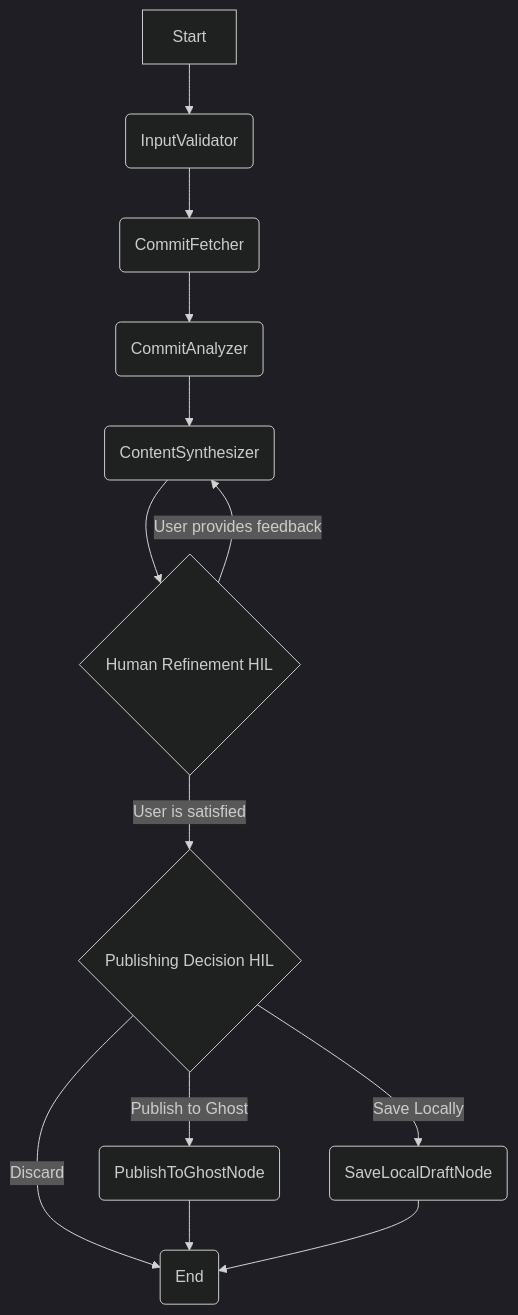
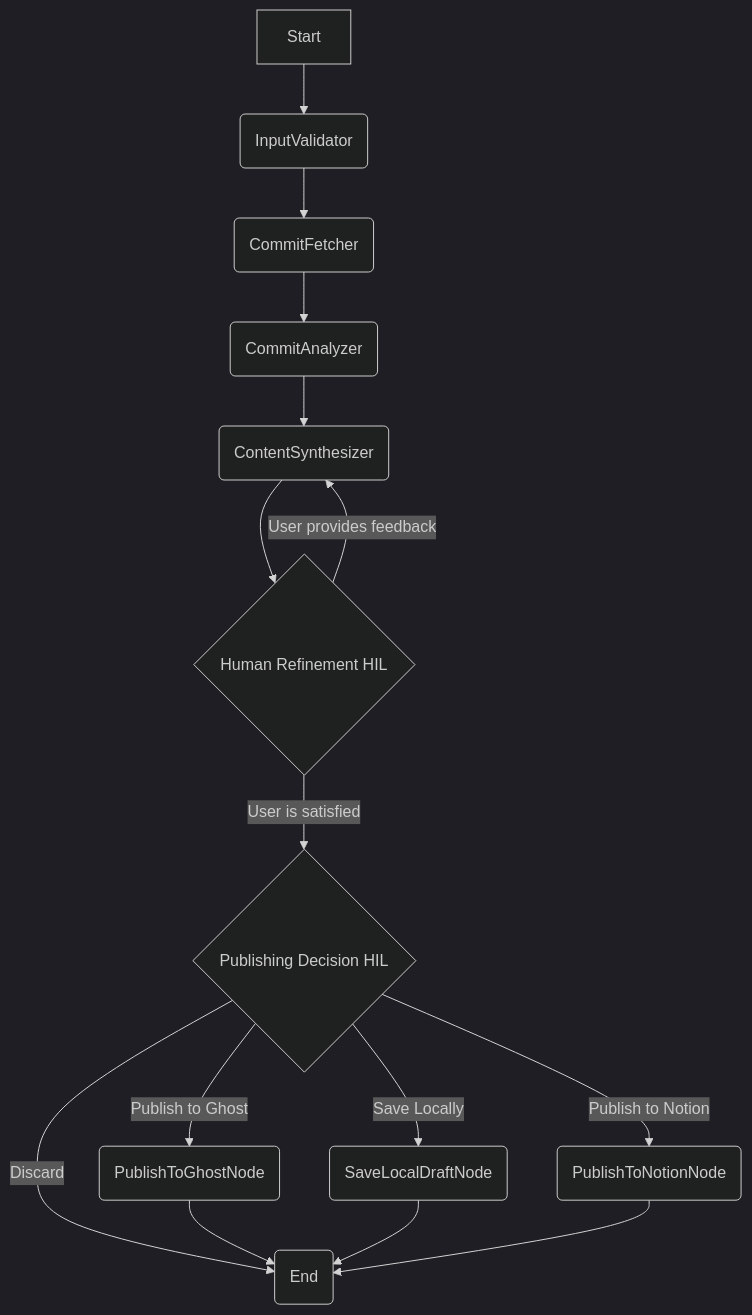
The diagram in LangGraph_Architecture.md (domini04/bluestar), drawn with Mermaid (dark theme) before and after one commit. The commit also changed other lines of this file and 3 other files, not shown here.

````diff
--- a/LangGraph_Architecture.md
+++ b/LangGraph_Architecture.md
@@ -22,15 +25,17 @@
 ```mermaid
 graph TD
     A[Start] --> B(InputValidator);
     B --> C(CommitFetcher);
     C --> D(CommitAnalyzer);
     D --> E(ContentSynthesizer);
     E --> F{Human Refinement HIL};
     F -- "User provides feedback" --> E;
     F -- "User is satisfied" --> G{Publishing Decision HIL};
     G -- "Publish to Ghost" --> H(PublishToGhostNode);
+    G -- "Publish to Notion" --> J(PublishToNotionNode);
     G -- "Save Locally" --> I(SaveLocalDraftNode);
     G -- "Discard" --> Z(End);
     H --> Z;
     I --> Z;
+    J --> Z;
 ```
````
